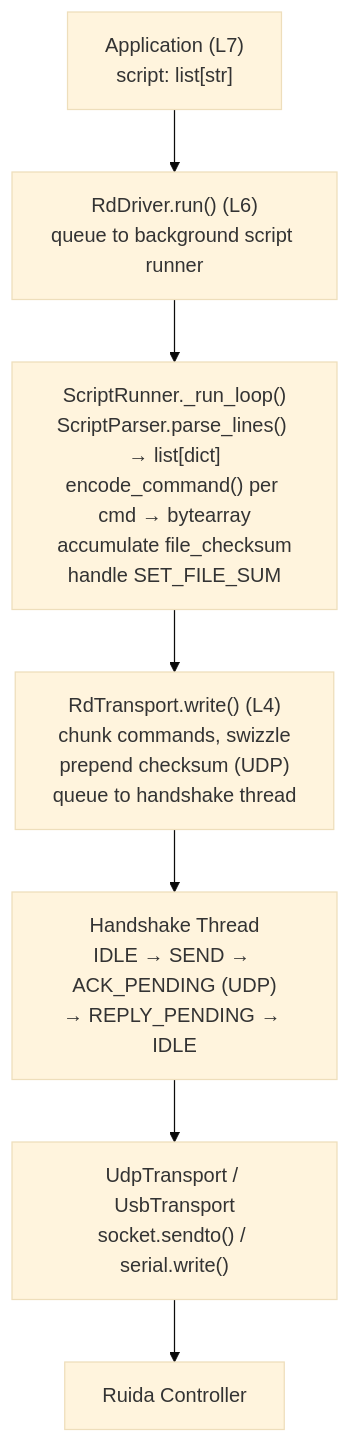
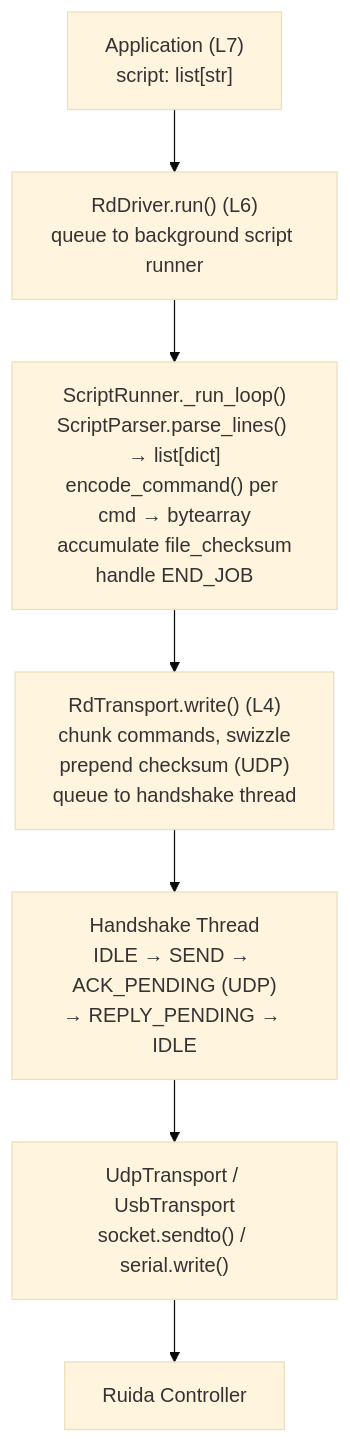
The second of 6 diagrams in docs/designs/RuidaDriver-functional.md (StevenIsaacs/ruida-protocol-analyzer), drawn with Mermaid (base theme) before and after one commit. The commit also changed other lines of this file and 9 other files, not shown here.

First line of the commit message:
feat(mnemonics): rename SET_FILE_SUM to END_JOB

````diff
--- a/docs/designs/RuidaDriver-functional.md
+++ b/docs/designs/RuidaDriver-functional.md
@@ -49,11 +49,11 @@
 ```mermaid
 flowchart TD
     A["Application (L7)\nscript: list[str]"]
     B["RdDriver.run() (L6)\nqueue to background script runner"]
-    C["ScriptRunner._run_loop()\nScriptParser.parse_lines() → list[dict]\nencode_command() per cmd → bytearray\naccumulate file_checksum\nhandle SET_FILE_SUM"]
+    C["ScriptRunner._run_loop()\nScriptParser.parse_lines() → list[dict]\nencode_command() per cmd → bytearray\naccumulate file_checksum\nhandle END_JOB"]
     D["RdTransport.write() (L4)\nchunk commands, swizzle\nprepend checksum (UDP)\nqueue to handshake thread"]
     E["Handshake Thread\nIDLE → SEND → ACK_PENDING (UDP)\n→ REPLY_PENDING → IDLE"]
     F["UdpTransport / UsbTransport\nsocket.sendto() / serial.write()"]
     G["Ruida Controller"]
     A --> B --> C --> D --> E --> F --> G
 ```
````
